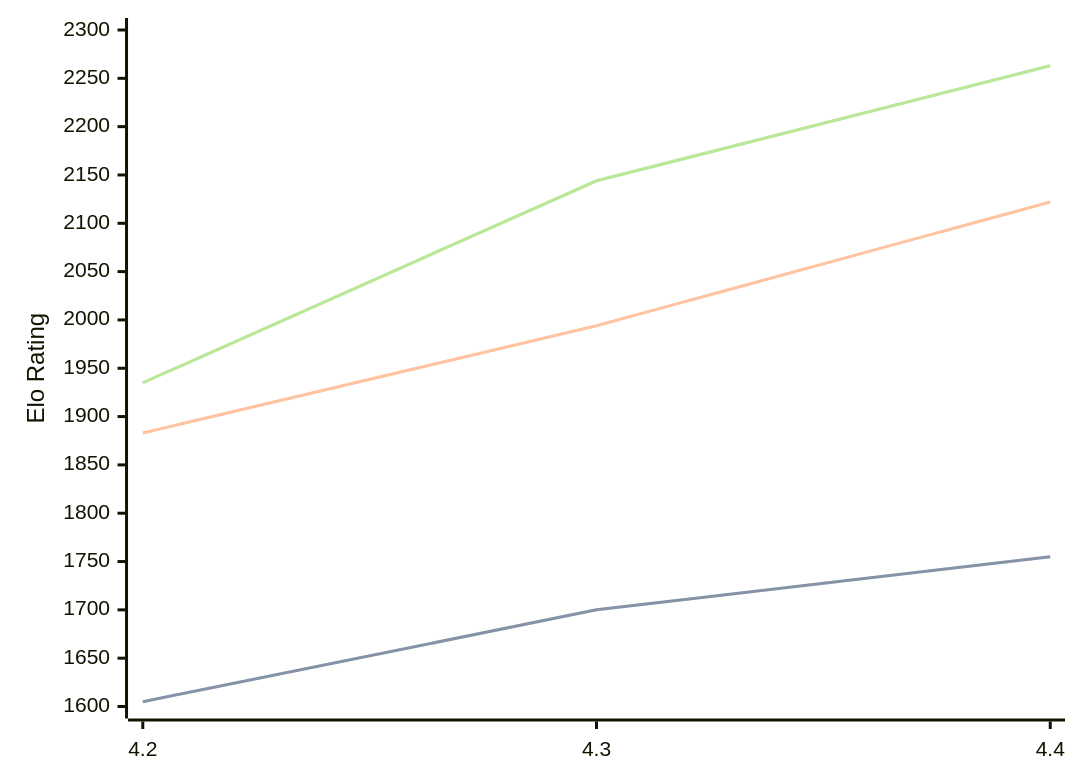
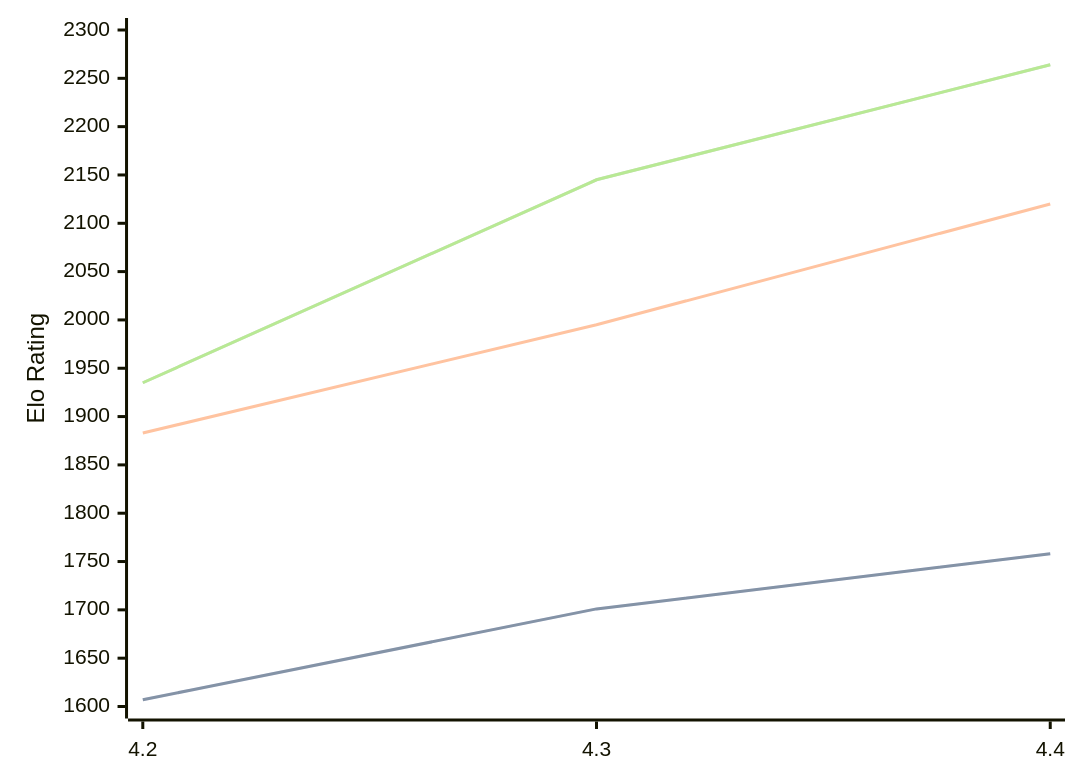
Before and after one commit to computer-chess-index/cci: the diagram in engines/Radiance.md, drawn with Mermaid. The commit also changed other lines of this file, not shown here.

Commit message:
Update CCI Ratings (ELO VLTC) - 2026-05-17

````diff
--- a/engines/Radiance.md
+++ b/engines/Radiance.md
@@ -36,11 +36,11 @@
 ```mermaid
 %%{init: {"theme":"base","themeVariables":{"seriesColors:['#a3a3a3','#222221','#faa371']}}}%%
 xychart-beta
   x-axis ["4.2", "4.3", "4.4"]
   y-axis "Elo Rating" 1600 --> 2300
-  line "STC (8.0+0.08s)" [1605, 1700, 1755]
-  line "STC (8.0+0.08s)" [1605, 1700, 1755]
-  line "LTC (60.0+0.60s)" [1883, 1994, 2122]
-  line "VLTC (2m24s+1.12s)" [1935, 2144, 2263]
-  line "VLTC (2m24s+1.12s)" [1935, 2144, 2263]
+  line "STC (8.0+0.08s)" [1607, 1701, 1758]
+  line "STC (8.0+0.08s)" [1607, 1701, 1758]
+  line "LTC (60.0+0.60s)" [1883, 1995, 2120]
+  line "VLTC (2m24s+1.12s)" [1935, 2145, 2264]
+  line "VLTC (2m24s+1.12s)" [1935, 2145, 2264]
 ```
````
